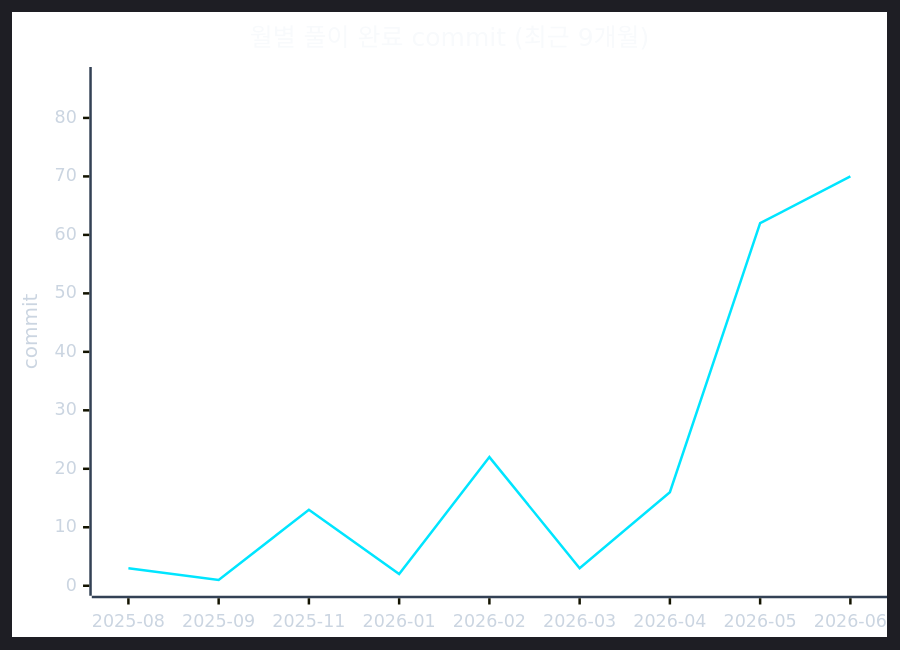
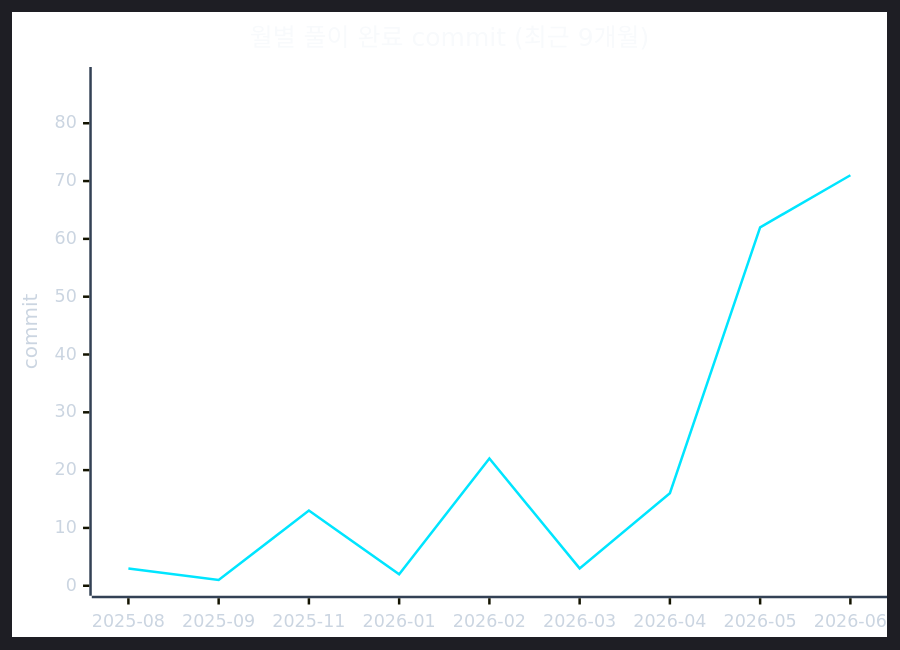
Before and after one commit to CHOOSLA/Algorithm: the second of 2 diagrams in readme.md, drawn with Mermaid. The commit also changed 1 other file, not shown here.

Commit message:
[Passed] 개발팀의 능력 (132ms, 10MB)

````diff
--- a/readme.md
+++ b/readme.md
@@ -71,22 +71,22 @@
 ```mermaid
 ---
 config:
   theme: dark
   themeVariables:
     background: '#0d1117'
     xyChart:
       titleColor: '#f8fafc'
       xAxisLabelColor: '#cbd5e1'
       xAxisTitleColor: '#cbd5e1'
       xAxisLineColor: '#334155'
       yAxisLabelColor: '#cbd5e1'
       yAxisTitleColor: '#cbd5e1'
       yAxisLineColor: '#334155'
       plotColorPalette: '#00e5ff'
 ---
 xychart-beta
   title "월별 풀이 완료 commit (최근 9개월)"
   x-axis ["2025-08", "2025-09", "2025-11", "2026-01", "2026-02", "2026-03", "2026-04", "2026-05", "2026-06"]
-  y-axis "commit" 0 --> 87
-  line [3, 1, 13, 2, 22, 3, 16, 62, 70]
+  y-axis "commit" 0 --> 88
+  line [3, 1, 13, 2, 22, 3, 16, 62, 71]
 ```
````
